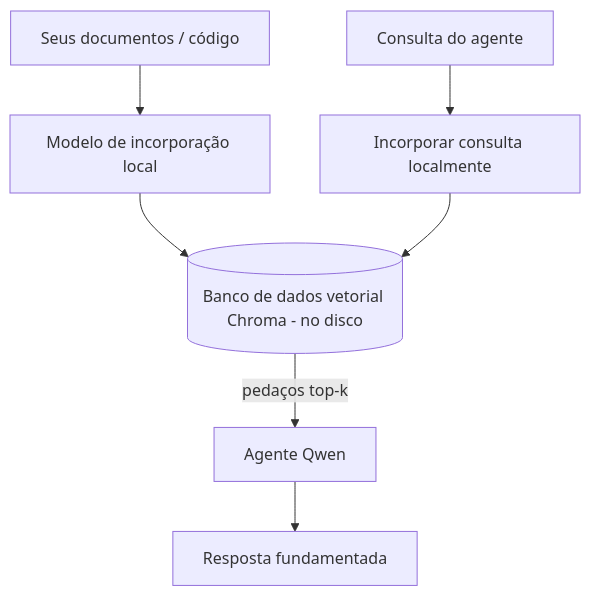
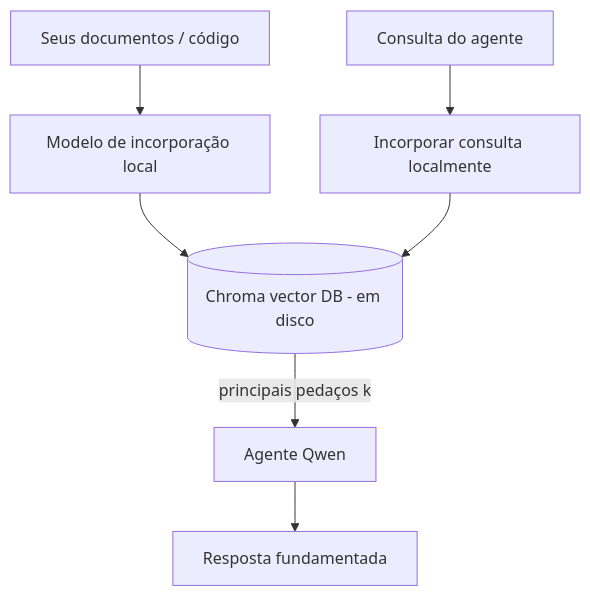
The third of 4 diagrams in mirrors/repos/microsoft@ai-agents-for-beginners/translations/pt-BR/17-creating-local-ai-agents/README.md (gabrielmoreira/agent-skills-mirror), drawn with Mermaid before and after one commit. The commit also changed other lines of this file and 4262 other files, not shown here.

````diff
--- a/mirrors/repos/microsoft@ai-agents-for-beginners/translations/pt-BR/17-creating-local-ai-agents/README.md
+++ b/mirrors/repos/microsoft@ai-agents-for-beginners/translations/pt-BR/17-creating-local-ai-agents/README.md
@@ -125,9 +125,9 @@
 ```mermaid
 flowchart TB
     D[Seus documentos / código] --> E[Modelo de incorporação local]
-    E --> V[(Banco de dados vetorial Chroma - no disco)]
+    E --> V[(Chroma vector DB - em disco)]
     Q[Consulta do agente] --> QE[Incorporar consulta localmente]
     QE --> V
-    V -->|pedaços top-k| A[Agente Qwen]
+    V -->|principais pedaços k| A[Agente Qwen]
     A --> Ans[Resposta fundamentada]
 ```
````
